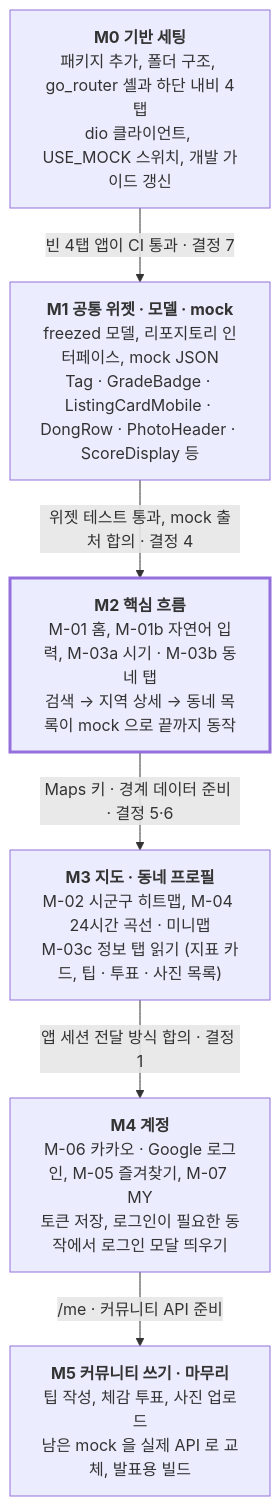
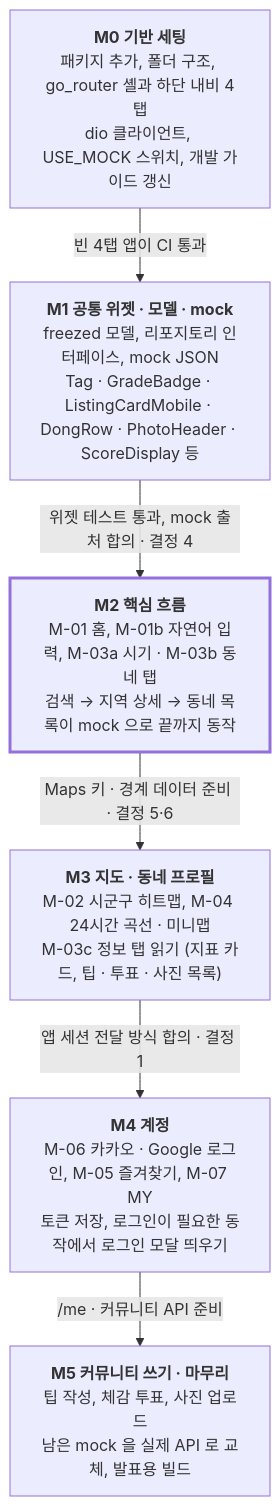
Before and after one commit to AKGACHUGGI/workation-mobile: the diagram in docs/plans/2026-11-08-모바일-구현-plan.md, drawn with Mermaid. The commit also changed other lines of this file, not shown here.

````diff
--- a/docs/plans/2026-11-08-모바일-구현-plan.md
+++ b/docs/plans/2026-11-08-모바일-구현-plan.md
@@ -137,15 +137,15 @@
 ```mermaid
 flowchart TD
   M0["<b>M0 기반 세팅</b><br/>패키지 추가, 폴더 구조, go_router 셸과 하단 내비 4탭<br/>dio 클라이언트, USE_MOCK 스위치, 개발 가이드 갱신"]
   M1["<b>M1 공통 위젯 · 모델 · mock</b><br/>freezed 모델, 리포지토리 인터페이스, mock JSON<br/>Tag · GradeBadge · ListingCardMobile · DongRow · PhotoHeader · ScoreDisplay 등"]
   M2["<b>M2 핵심 흐름</b><br/>M-01 홈, M-01b 자연어 입력, M-03a 시기 · M-03b 동네 탭<br/>검색 → 지역 상세 → 동네 목록이 mock 으로 끝까지 동작"]
   M3["<b>M3 지도 · 동네 프로필</b><br/>M-02 시군구 히트맵, M-04 24시간 곡선 · 미니맵<br/>M-03c 정보 탭 읽기 (지표 카드, 팁 · 투표 · 사진 목록)"]
   M4["<b>M4 계정</b><br/>M-06 카카오 · Google 로그인, M-05 즐겨찾기, M-07 MY<br/>토큰 저장, 로그인이 필요한 동작에서 로그인 모달 띄우기"]
   M5["<b>M5 커뮤니티 쓰기 · 마무리</b><br/>팁 작성, 체감 투표, 사진 업로드<br/>남은 mock 을 실제 API 로 교체, 발표용 빌드"]
-  M0 -->|"빈 4탭 앱이 CI 통과 · 결정 7"| M1
+  M0 -->|"빈 4탭 앱이 CI 통과"| M1
   M1 -->|"위젯 테스트 통과, mock 출처 합의 · 결정 4"| M2
   M2 -->|"Maps 키 · 경계 데이터 준비 · 결정 5·6"| M3
   M3 -->|"앱 세션 전달 방식 합의 · 결정 1"| M4
   M4 -->|"/me · 커뮤니티 API 준비"| M5
   style M2 stroke-width:3px
 ```
````
